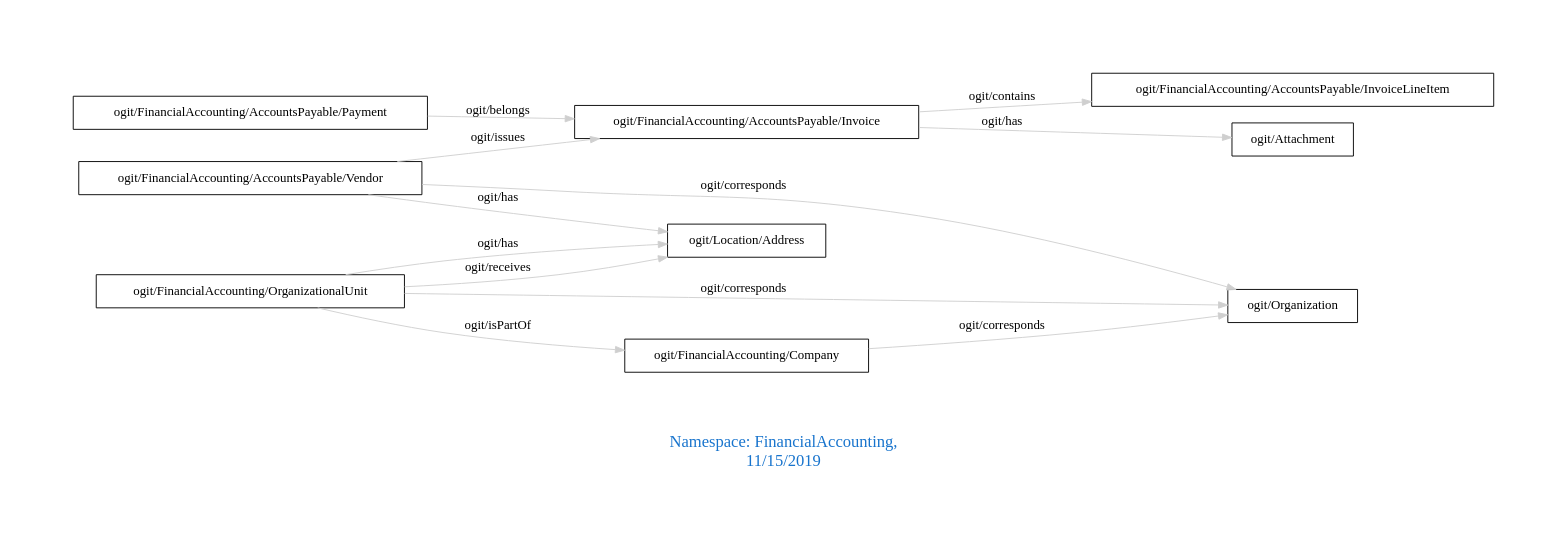
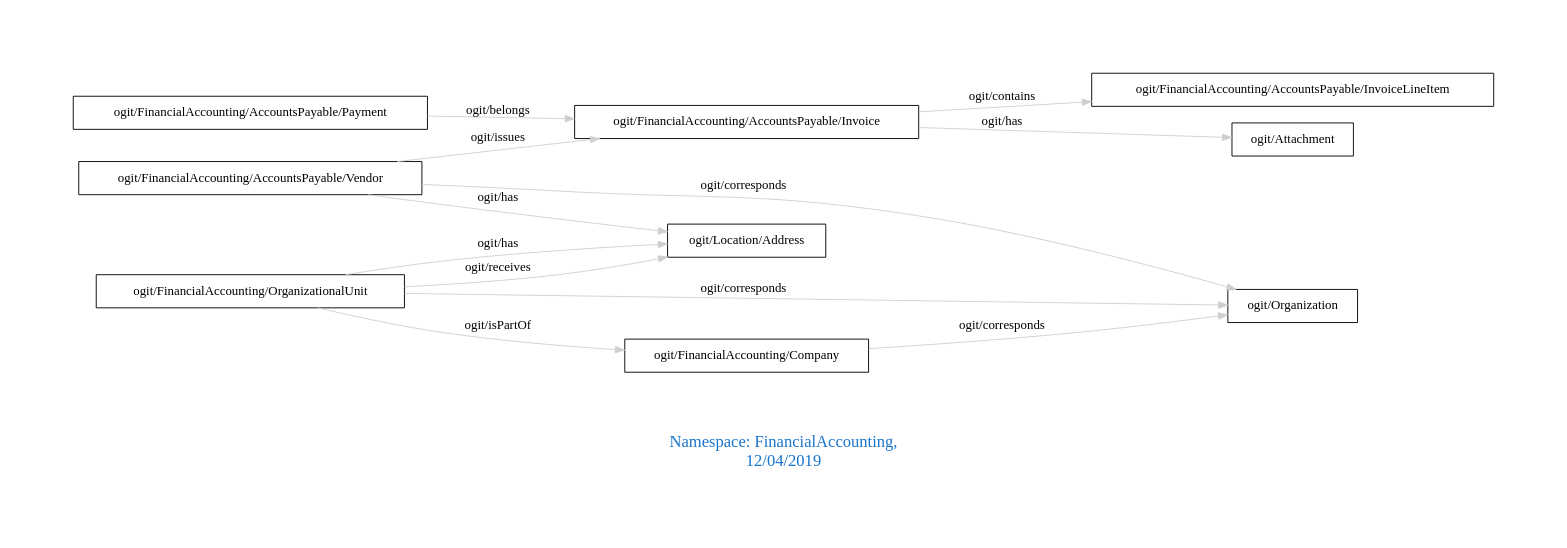
Before and after one commit to arago/OGIT: the diagram in downloads/FinancialAccounting.dot, drawn with Graphviz. The commit also changed 1604 other files, not shown here.

```diff
--- a/downloads/FinancialAccounting.dot
+++ b/downloads/FinancialAccounting.dot
@@ -1,19 +1,19 @@
 digraph OGIT_ontology {
  graph [ rankdir= LR,pad=1 
 fontsize = 18,
-fontcolor= dodgerblue3,label = "\n\n\nNamespace: FinancialAccounting, \n 11/15/2019"];
+fontcolor= dodgerblue3,label = "\n\n\nNamespace: FinancialAccounting, \n 12/04/2019"];
 node[shape=polygon];
 edge [  color="gray81"];
 
    "ogit/FinancialAccounting/AccountsPayable/Invoice" -> "ogit/FinancialAccounting/AccountsPayable/InvoiceLineItem" [label="   ogit/contains    "];
    "ogit/FinancialAccounting/AccountsPayable/Vendor" -> "ogit/Organization" [label="   ogit/corresponds    "];
    "ogit/FinancialAccounting/Company" -> "ogit/Organization" [label="   ogit/corresponds    "];
    "ogit/FinancialAccounting/OrganizationalUnit" -> "ogit/Organization" [label="   ogit/corresponds    "];
    "ogit/FinancialAccounting/AccountsPayable/Vendor" -> "ogit/FinancialAccounting/AccountsPayable/Invoice" [label="   ogit/issues    "];
    "ogit/FinancialAccounting/AccountsPayable/Payment" -> "ogit/FinancialAccounting/AccountsPayable/Invoice" [label="   ogit/belongs    "];
    "ogit/FinancialAccounting/OrganizationalUnit" -> "ogit/Location/Address" [label="   ogit/receives    "];
    "ogit/FinancialAccounting/AccountsPayable/Invoice" -> "ogit/Attachment" [label="   ogit/has    "];
    "ogit/FinancialAccounting/AccountsPayable/Vendor" -> "ogit/Location/Address" [label="   ogit/has    "];
    "ogit/FinancialAccounting/OrganizationalUnit" -> "ogit/Location/Address" [label="   ogit/has    "];
    "ogit/FinancialAccounting/OrganizationalUnit" -> "ogit/FinancialAccounting/Company" [label="   ogit/isPartOf    "];
 }
```
